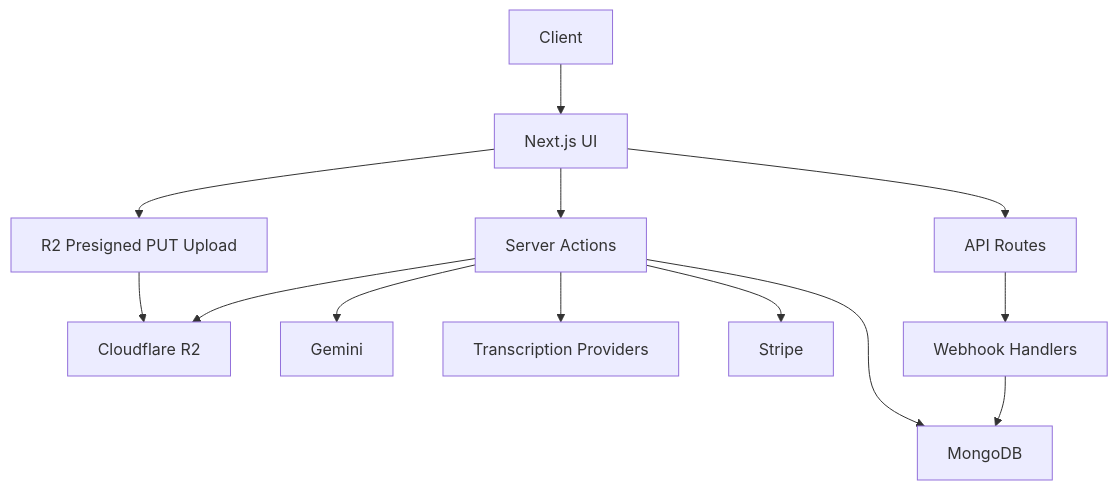
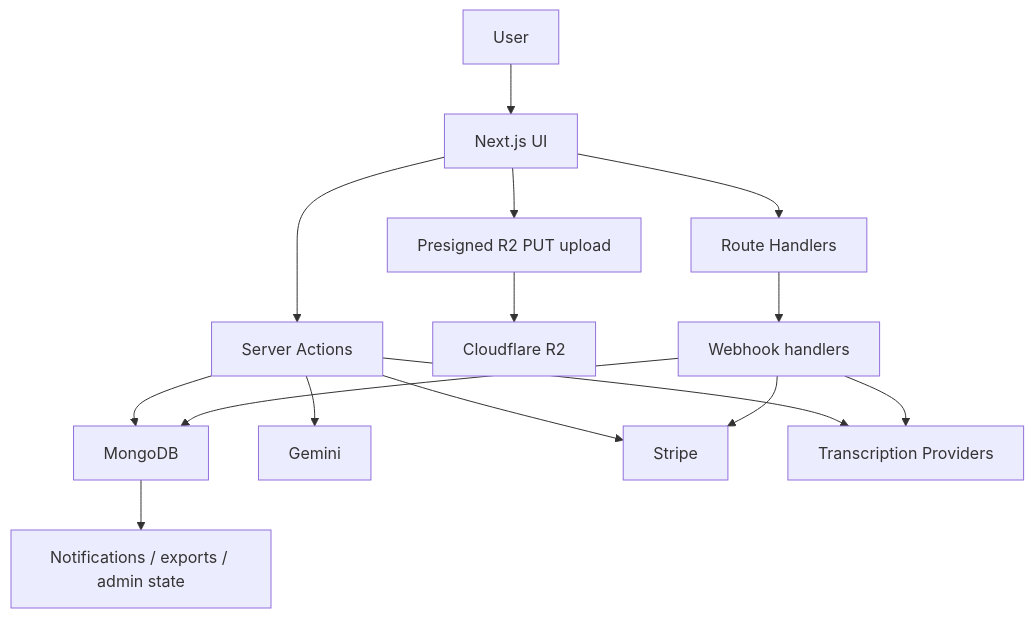
Before and after one commit to virusz4274/callery: the diagram in docs/architecture.md, drawn with Mermaid. The commit also changed other lines of this file and 36 other files, not shown here.

````diff
--- a/docs/architecture.md
+++ b/docs/architecture.md
@@ -17,17 +20,20 @@
 ```mermaid
 graph TD
-    U["Client"] --> A["Next.js UI"]
-    A --> SA["Server Actions"]
-    A --> API["API Routes"]
-    A --> R2PUT["R2 Presigned PUT Upload"]
+    U["User"] --> UI["Next.js UI"]
+    UI --> SA["Server Actions"]
+    UI --> API["Route Handlers"]
+    UI --> R2PUT["Presigned R2 PUT upload"]
     R2PUT --> R2["Cloudflare R2"]
 
     SA --> MDB["MongoDB"]
-    SA --> R2
     SA --> GEM["Gemini"]
+    SA --> STRIPE["Stripe"]
     SA --> TR["Transcription Providers"]
-    SA --> STR["Stripe"]
 
-    API --> WH["Webhook Handlers"]
+    API --> WH["Webhook handlers"]
     WH --> MDB
+    WH --> STRIPE
+    WH --> TR
+
+    MDB --> NOTIFY["Notifications / exports / admin state"]
 ```
````
